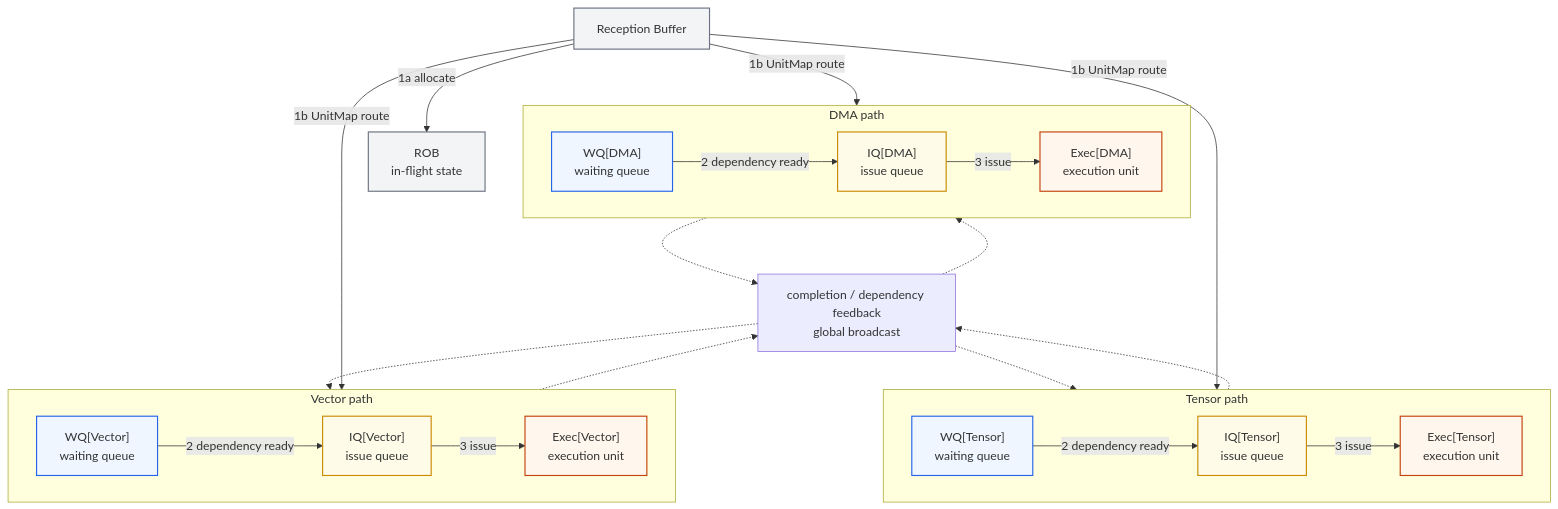
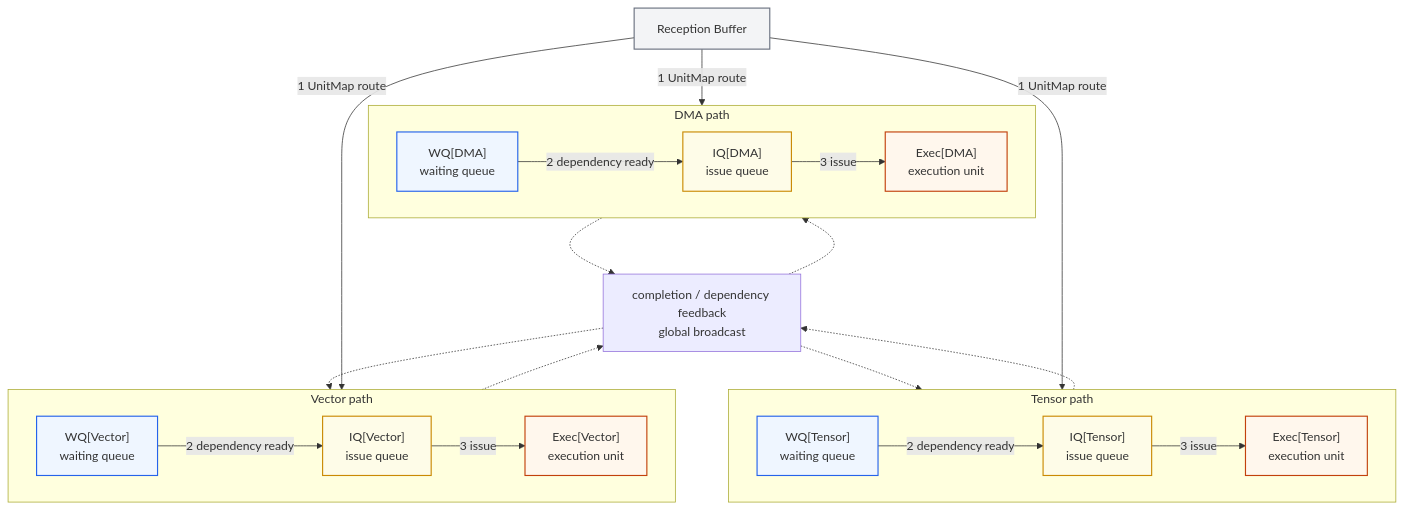
The first of 4 diagrams in docs/architecture/scheduler.md (cxjiang-bk/npu-ooo-simulator), drawn with Mermaid before and after one commit. The commit also changed other lines of this file and 25 other files, not shown here.

````diff
--- a/docs/architecture/scheduler.md
+++ b/docs/architecture/scheduler.md
@@ -24,52 +25,49 @@
 ```mermaid
 flowchart TB
     RB["Reception Buffer"]
-    ROB["ROB\nin-flight state"]
-
     subgraph TENSOR_LANE["Tensor path"]
         direction LR
         WQT["WQ[Tensor]\nwaiting queue"]
         IQT["IQ[Tensor]\nissue queue"]
         ET["Exec[Tensor]\nexecution unit"]
         WQT -->|"2  dependency ready"| IQT -->|"3  issue"| ET
     end
 
     subgraph VECTOR_LANE["Vector path"]
         direction LR
         WQV["WQ[Vector]\nwaiting queue"]
         IQV["IQ[Vector]\nissue queue"]
         EV["Exec[Vector]\nexecution unit"]
         WQV -->|"2  dependency ready"| IQV -->|"3  issue"| EV
     end
 
     subgraph DMA_LANE["DMA path"]
         direction LR
         WQD["WQ[DMA]\nwaiting queue"]
         IQD["IQ[DMA]\nissue queue"]
         ED["Exec[DMA]\nexecution unit"]
         WQD -->|"2  dependency ready"| IQD -->|"3  issue"| ED
     end
 
     BROADCAST["completion / dependency feedback\nglobal broadcast"]
 
-    RB -->|"1a  allocate"| ROB
-    RB -->|"1b  UnitMap route"| TENSOR_LANE
-    RB -->|"1b  UnitMap route"| VECTOR_LANE
-    RB -->|"1b  UnitMap route"| DMA_LANE
+    RB -->|"1  UnitMap route"| TENSOR_LANE
+    RB -->|"1  UnitMap route"| VECTOR_LANE
+    RB -->|"1  UnitMap route"| DMA_LANE
 
     ET -.-> BROADCAST
     EV -.-> BROADCAST
     ED -.-> BROADCAST
     BROADCAST -.-> WQT
     BROADCAST -.-> WQV
     BROADCAST -.-> WQD
 
     classDef queue fill:#eff6ff,stroke:#2563eb,stroke-width:1.5px
     classDef issue fill:#fefce8,stroke:#ca8a04,stroke-width:1.5px
     classDef exec fill:#fff7ed,stroke:#c2410c,stroke-width:1.5px
     classDef state fill:#f3f4f6,stroke:#6b7280,stroke-width:1.5px
-    class RB,ROB state
+    class RB state
     class WQT,WQV,WQD queue
     class IQT,IQV,IQD issue
     class ET,EV,ED exec
 ```
````
